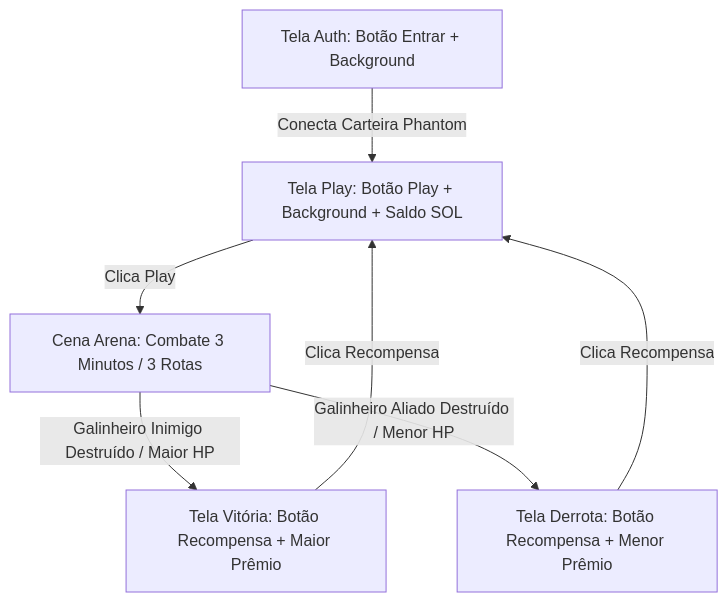
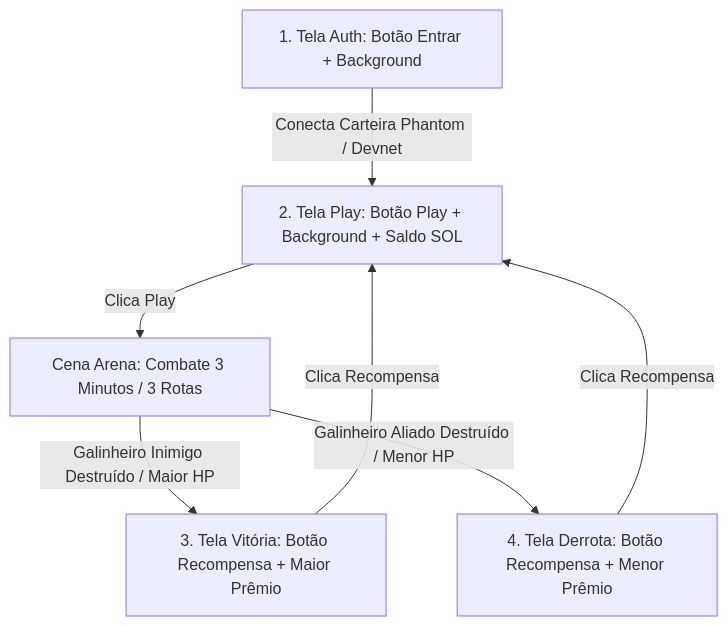
Before and after one commit to mukasanray/Fowlgen-Wars-Project: the diagram in prompt/files/relatorios/Relatorio_Andamento_Etapas_MVP_Unity.md, drawn with Mermaid. The commit also changed other lines of this file and 1 other file, not shown here.

````diff
--- a/prompt/files/relatorios/Relatorio_Andamento_Etapas_MVP_Unity.md
+++ b/prompt/files/relatorios/Relatorio_Andamento_Etapas_MVP_Unity.md
@@ -36,9 +36,9 @@
 ```mermaid
 graph TD
-    A[Tela Auth: Botão Entrar + Background] -->|Conecta Carteira Phantom| B[Tela Play: Botão Play + Background + Saldo SOL]
+    A[1. Tela Auth: Botão Entrar + Background] -->|Conecta Carteira Phantom / Devnet| B[2. Tela Play: Botão Play + Background + Saldo SOL]
     B -->|Clica Play| C[Cena Arena: Combate 3 Minutos / 3 Rotas]
-    C -->|Galinheiro Inimigo Destruído / Maior HP| D[Tela Vitória: Botão Recompensa + Maior Prêmio]
-    C -->|Galinheiro Aliado Destruído / Menor HP| E[Tela Derrota: Botão Recompensa + Menor Prêmio]
+    C -->|Galinheiro Inimigo Destruído / Maior HP| D[3. Tela Vitória: Botão Recompensa + Maior Prêmio]
+    C -->|Galinheiro Aliado Destruído / Menor HP| E[4. Tela Derrota: Botão Recompensa + Menor Prêmio]
     D -->|Clica Recompensa| B
     E -->|Clica Recompensa| B
 ```
````
